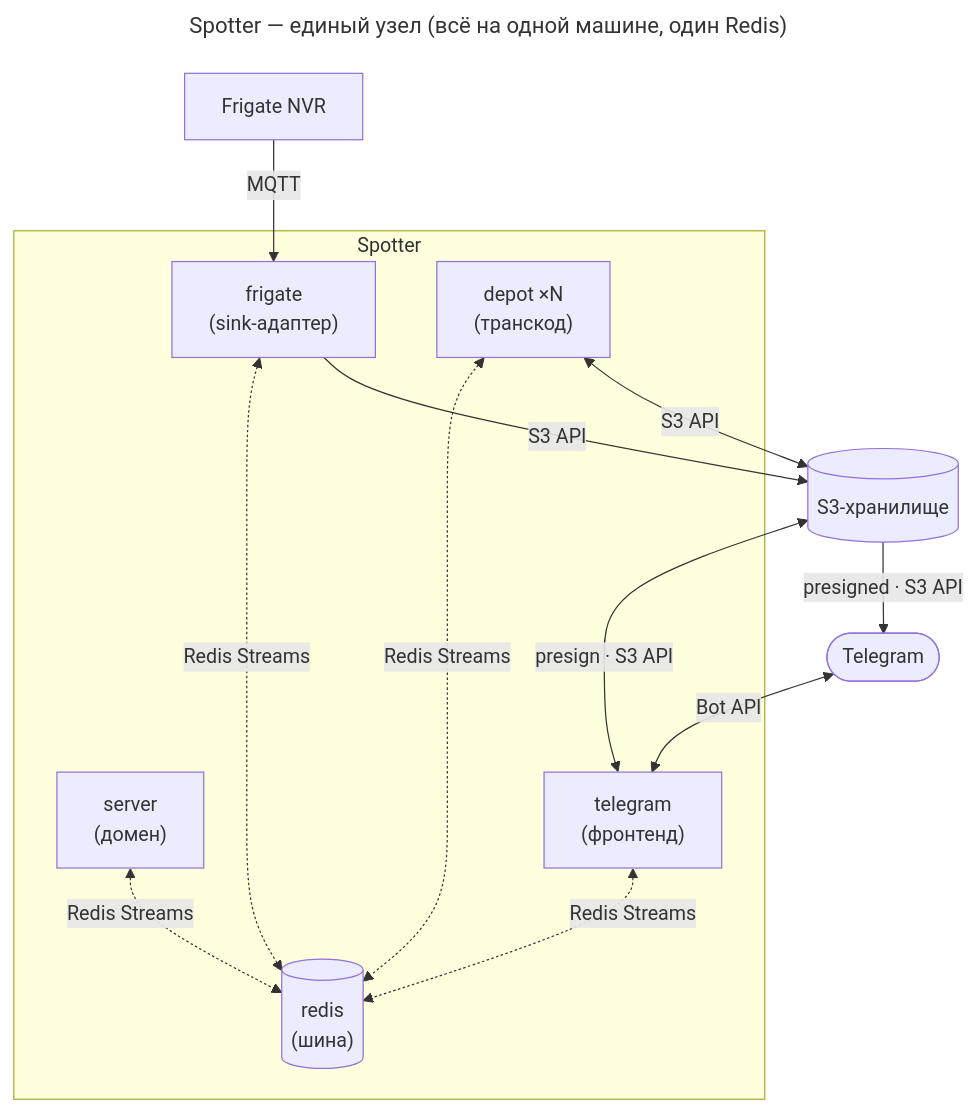
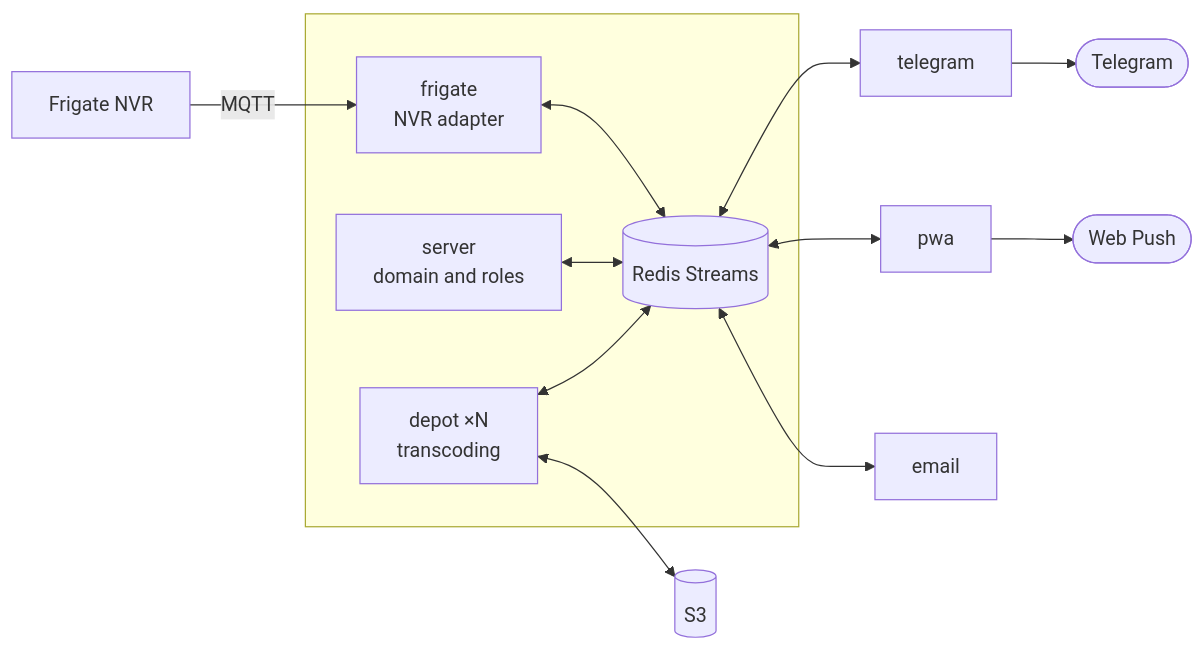
Before and after one commit to MkSavin/spotter: the diagram in README.md, drawn with Mermaid. The commit also changed other lines of this file and 5 other files, not shown here.

````diff
--- a/README.md
+++ b/README.md
@@ -26,32 +95,19 @@
 ```mermaid
----
-title: "Spotter — единый узел (всё на одной машине, один Redis)"
----
-flowchart TB
-    Frigate["Frigate NVR"]
-    S3[("S3-хранилище")]
-    TG(["Telegram"])
-    
-    subgraph app["Spotter"]
-        frigate["frigate<br/>(sink-адаптер)"]
-        server["server<br/>(домен)"]
-        telegram["telegram<br/>(фронтенд)"]
-        depot["depot ×N<br/>(транскод)"]
-        redis[("redis<br/>(шина)")]
+flowchart LR
+    NVR["Frigate NVR"] -- MQTT --> frigate
+    subgraph app[" "]
+        frigate["frigate<br/>NVR adapter"]
+        server["server<br/>domain and roles"]
+        depot["depot ×N<br/>transcoding"]
+        bus[("Redis Streams")]
+        frigate <--> bus
+        server <--> bus
+        depot <--> bus
     end
-
-    Frigate -- "MQTT" --> frigate
-    TG <-- "Bot API" --> telegram
-    
-    frigate <-. "Redis Streams" .-> redis
-    server <-. "Redis Streams" .-> redis
-    depot <-. "Redis Streams" .-> redis
-    telegram <-. "Redis Streams" .-> redis
-
-    frigate -- "S3 API" --> S3
-    depot <-- "S3 API" --> S3
-    telegram <-- "presign · S3 API" --> S3
-    S3 -- "presigned · S3 API" --> TG
-
-    class Frigate,TG,S3 ext
+    bus <--> tg["telegram"]
+    bus <--> pwa["pwa"]
+    bus <--> mail["email"]
+    tg --> TG(["Telegram"])
+    pwa --> Push(["Web Push"])
+    depot <--> S3[("S3")]
 ```
````
